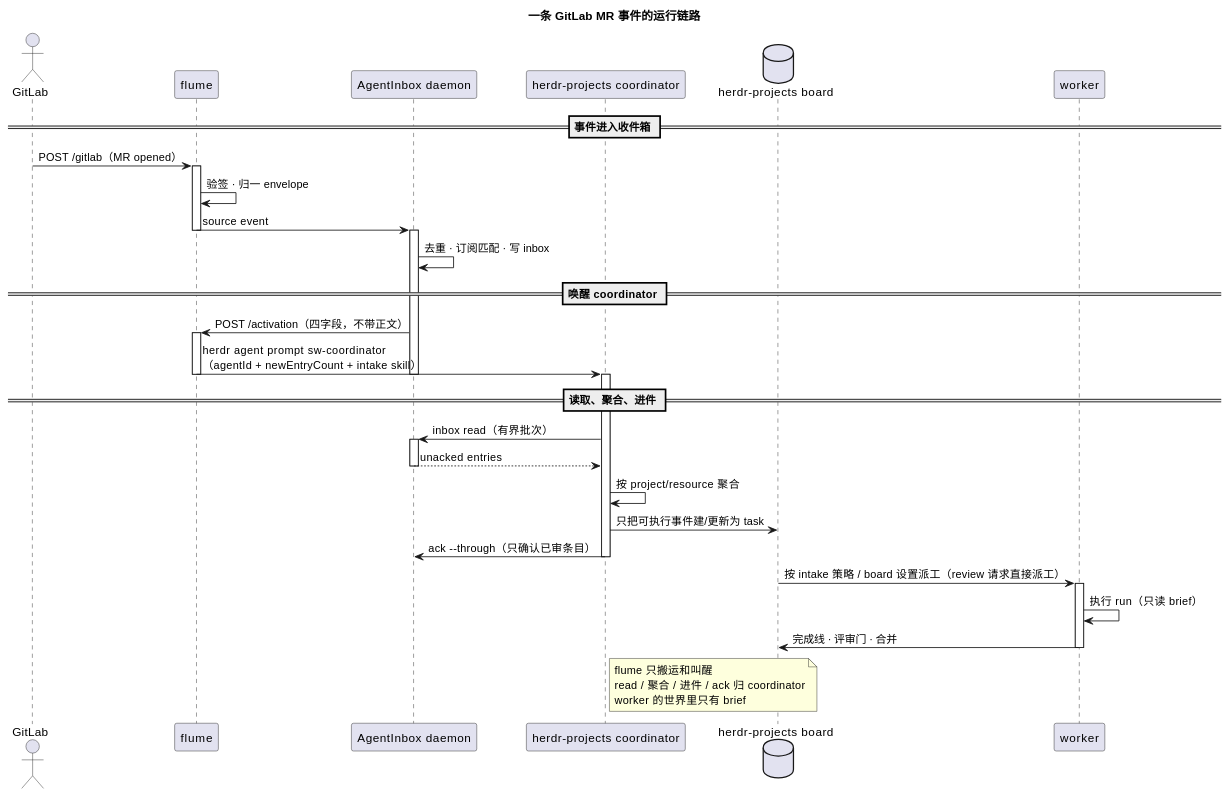
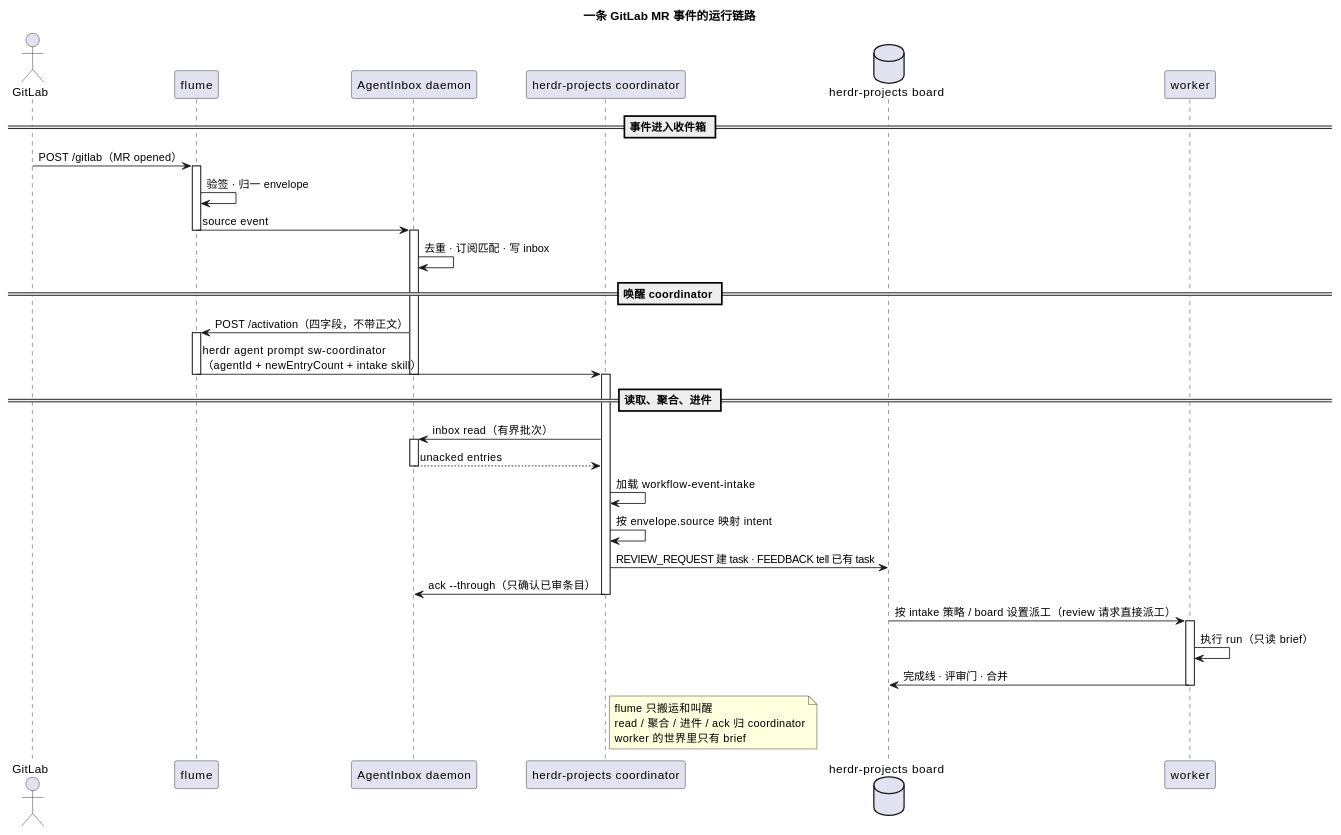
The diagram in README.md (iodone/flume), drawn with PlantUML before and after one commit. The commit also changed other lines of this file and 8 other files, not shown here.

Commit message:
feat(intake): ship source-agnostic event intake template

````diff
--- a/README.md
+++ b/README.md
@@ -138,52 +164,53 @@
 ```plantuml
 @startuml
 title 一条 GitLab MR 事件的运行链路
 
 actor       "GitLab"                      as GL
 participant "flume"                       as FL
 participant "AgentInbox daemon"           as AI
 participant "herdr-projects coordinator"  as CO
 database    "herdr-projects board"        as BD
 participant "worker"                      as WK
 
 == 事件进入收件箱 ==
 GL -> FL : POST /gitlab（MR opened）
 activate FL
 FL -> FL : 验签 · 归一 envelope
 FL -> AI : source event
 deactivate FL
 activate AI
 AI -> AI : 去重 · 订阅匹配 · 写 inbox
 
 == 唤醒 coordinator ==
 AI -> FL : POST /activation（四字段，不带正文）
 activate FL
 FL -> CO : herdr agent prompt sw-coordinator\n（agentId + newEntryCount + intake skill）
 deactivate FL
 deactivate AI
 
 == 读取、聚合、进件 ==
 activate CO
 CO -> AI : inbox read（有界批次）
 activate AI
 AI --> CO : unacked entries
 deactivate AI
-CO -> CO : 按 project/resource 聚合
-CO -> BD : 只把可执行事件建/更新为 task
+CO -> CO : 加载 workflow-event-intake
+CO -> CO : 按 envelope.source 映射 intent
+CO -> BD : REVIEW_REQUEST 建 task · FEEDBACK tell 已有 task
 CO -> AI : ack --through（只确认已审条目）
 deactivate CO
 
 BD -> WK : 按 intake 策略 / board 设置派工（review 请求直接派工）
 activate WK
 WK -> WK : 执行 run（只读 brief）
 WK -> BD : 完成线 · 评审门 · 合并
 deactivate WK
 
 note right of CO
   flume 只搬运和叫醒
   read / 聚合 / 进件 / ack 归 coordinator
   worker 的世界里只有 brief
 end note
 
 @enduml
 ```
````
